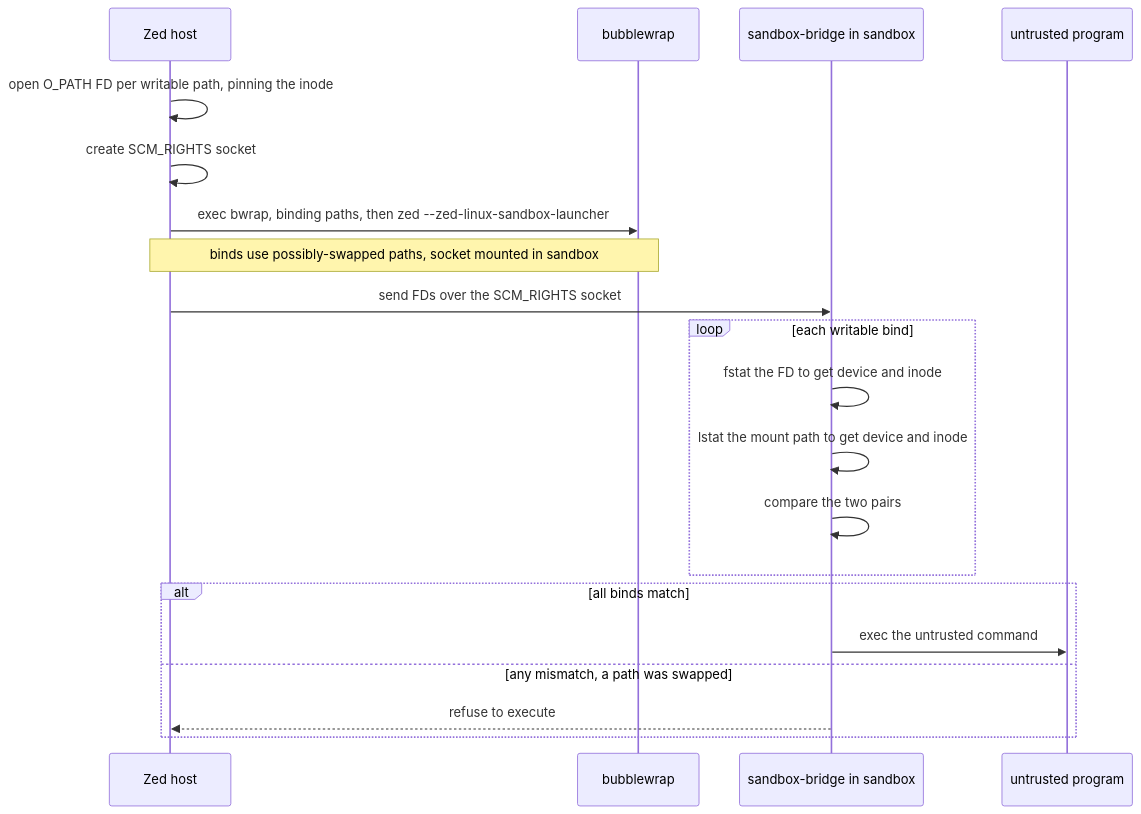
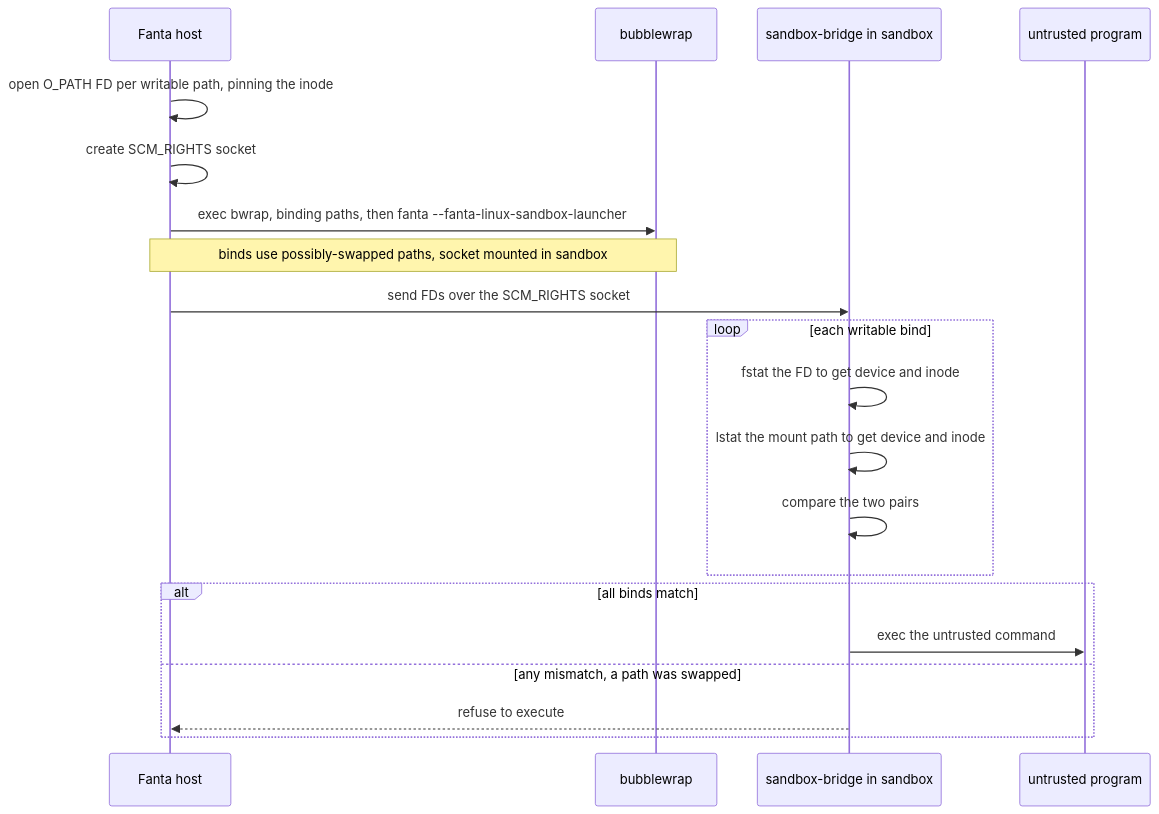
The second of 2 diagrams in crates/sandbox/README.md (jeanc18rlos/fanta-edit), drawn with Mermaid before and after one commit. The commit also changed other lines of this file and 642 other files, not shown here.

````diff
--- a/crates/sandbox/README.md
+++ b/crates/sandbox/README.md
@@ -203,23 +203,23 @@
 ```mermaid
 sequenceDiagram
-    participant Zed as Zed host
+    participant Fanta as Fanta host
     participant BW as bubblewrap
     participant Bridge as sandbox-bridge in sandbox
     participant Prog as untrusted program
 
-    Zed->>Zed: open O_PATH FD per writable path, pinning the inode
-    Zed->>Zed: create SCM_RIGHTS socket
-    Zed->>BW: exec bwrap, binding paths, then zed --zed-linux-sandbox-launcher
-    Note over Zed,BW: binds use possibly-swapped paths, socket mounted in sandbox
-    Zed->>Bridge: send FDs over the SCM_RIGHTS socket
+    Fanta->>Fanta: open O_PATH FD per writable path, pinning the inode
+    Fanta->>Fanta: create SCM_RIGHTS socket
+    Fanta->>BW: exec bwrap, binding paths, then fanta --fanta-linux-sandbox-launcher
+    Note over Fanta,BW: binds use possibly-swapped paths, socket mounted in sandbox
+    Fanta->>Bridge: send FDs over the SCM_RIGHTS socket
     loop each writable bind
         Bridge->>Bridge: fstat the FD to get device and inode
         Bridge->>Bridge: lstat the mount path to get device and inode
         Bridge->>Bridge: compare the two pairs
     end
     alt all binds match
         Bridge->>Prog: exec the untrusted command
     else any mismatch, a path was swapped
-        Bridge-->>Zed: refuse to execute
+        Bridge-->>Fanta: refuse to execute
     end
 ```
````
